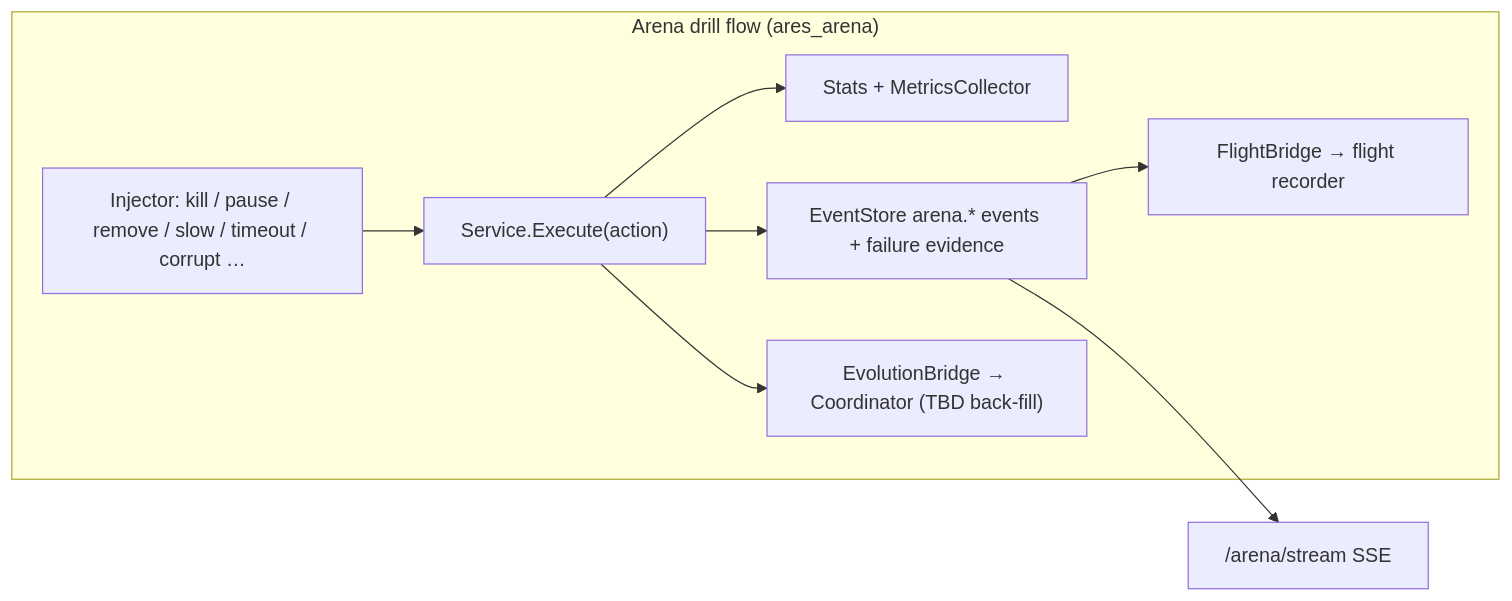
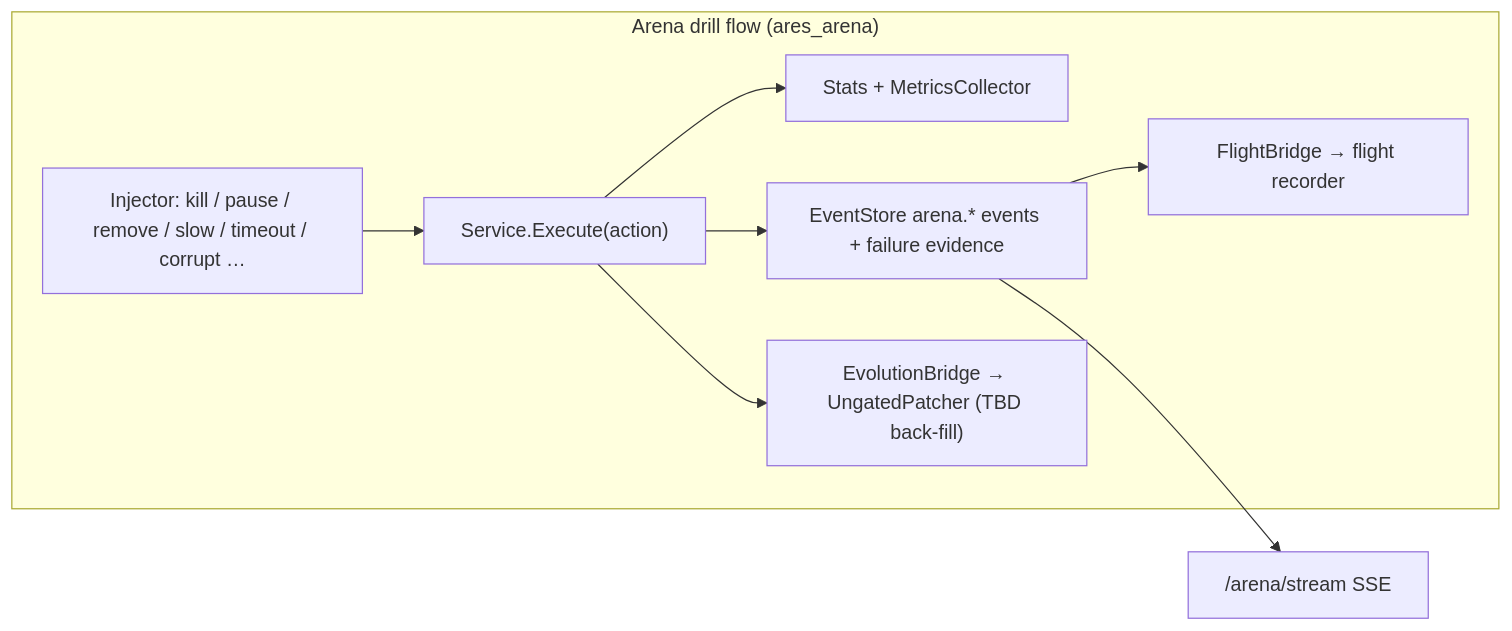
Before and after one commit to Timwood0x10/ARES: the fourth of 4 diagrams in docs/articles/en/09-arena-fault-injection-deep-dive.md, drawn with Mermaid. The commit also changed other lines of this file and 330 other files, not shown here.

````diff
--- a/docs/articles/en/09-arena-fault-injection-deep-dive.md
+++ b/docs/articles/en/09-arena-fault-injection-deep-dive.md
@@ -274,15 +274,15 @@
 ```mermaid
 flowchart LR
     subgraph arena["Arena drill flow (ares_arena)"]
         IN2["Injector: kill / pause / remove / slow / timeout / corrupt …"]
         SV["Service.Execute(action)"]
         M["Stats + MetricsCollector"]
         EV["EventStore arena.* events + failure evidence"]
         FB["FlightBridge → flight recorder"]
-        EB["EvolutionBridge → Coordinator (TBD back-fill)"]
+        EB["EvolutionBridge → UngatedPatcher (TBD back-fill)"]
         IN2 --> SV --> M
         SV --> EV --> FB
         SV --> EB
     end
     EV --> SSE["/arena/stream SSE"]
 ```
````
